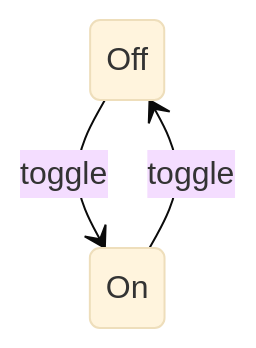
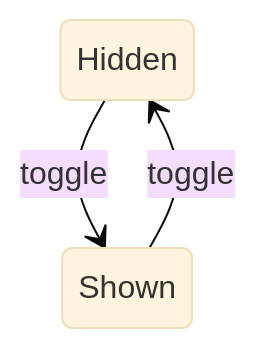
The first of 2 diagrams in readme/state-machines.md (masharratt/mac-cursor-halo), drawn with Mermaid (base theme) before and after one commit. The commit also changed other lines of this file and 7 other files, not shown here.

````diff
--- a/readme/state-machines.md
+++ b/readme/state-machines.md
@@ -25,5 +25,5 @@
 ```mermaid
 stateDiagram-v2
-  Off --> On: toggle
-  On --> Off: toggle
+  Hidden --> Shown: toggle
+  Shown --> Hidden: toggle
 ```
````
